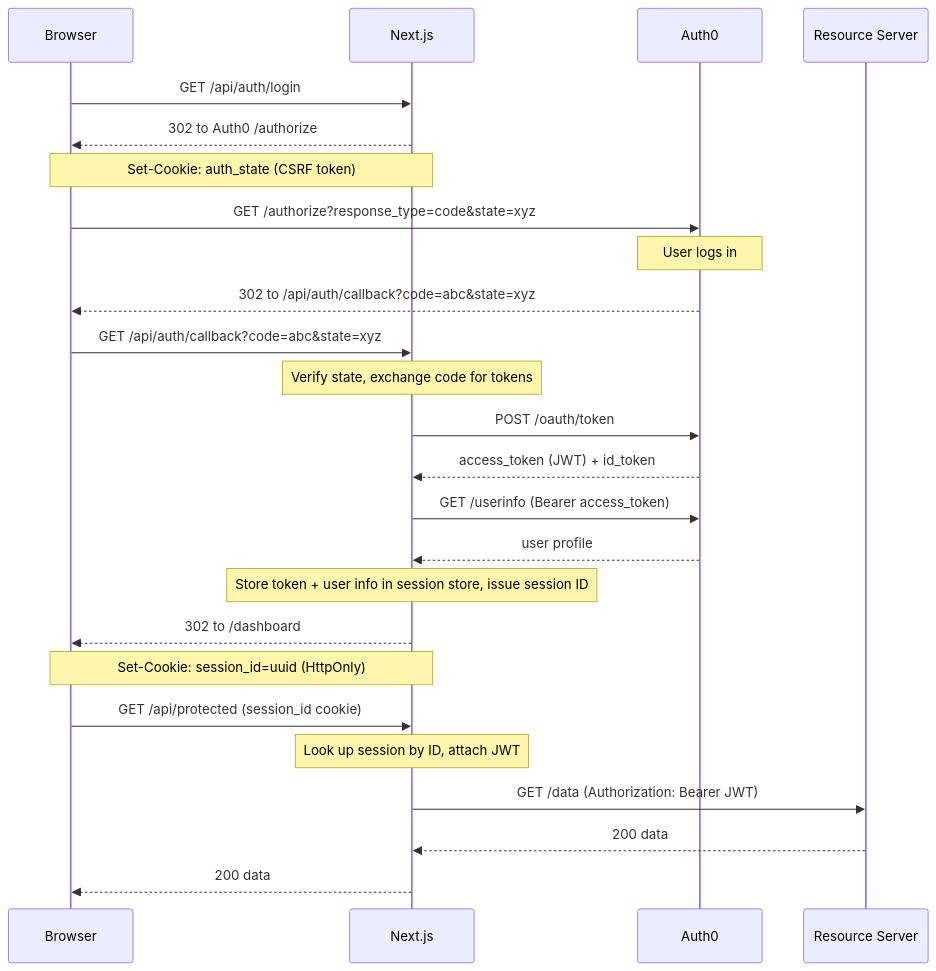
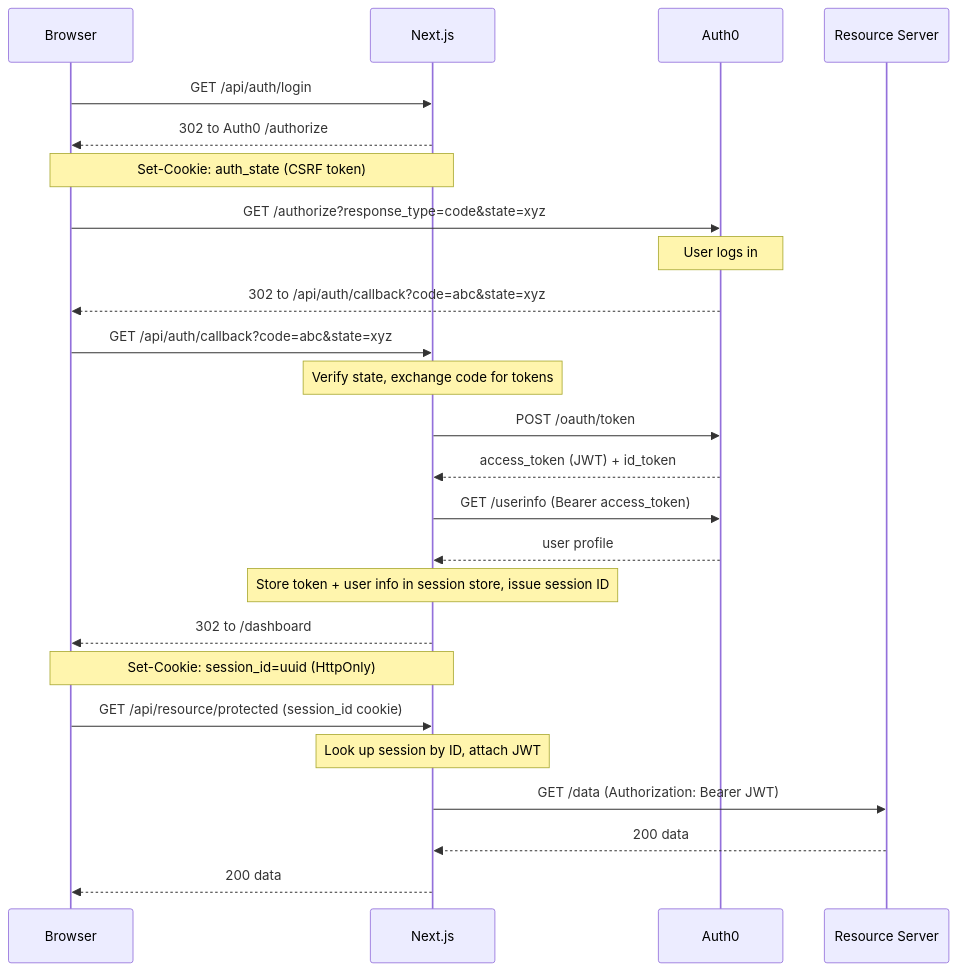
The diagram in README.md (taha2009/auth0-nextjs), drawn with Mermaid before and after one commit. The commit also changed other lines of this file and 3 other files, not shown here.

First line of the commit message:
Rename /api/protected to /api/resource/protected

````diff
--- a/README.md
+++ b/README.md
@@ -61,31 +61,31 @@
 ```mermaid
 sequenceDiagram
     participant Browser
     participant Next.js
     participant Auth0
     participant Resource Server
 
     Browser->>Next.js: GET /api/auth/login
     Next.js-->>Browser: 302 to Auth0 /authorize
     Note over Browser,Next.js: Set-Cookie: auth_state (CSRF token)
 
     Browser->>Auth0: GET /authorize?response_type=code&state=xyz
     Note over Auth0: User logs in
     Auth0-->>Browser: 302 to /api/auth/callback?code=abc&state=xyz
 
     Browser->>Next.js: GET /api/auth/callback?code=abc&state=xyz
     Note over Next.js: Verify state, exchange code for tokens
     Next.js->>Auth0: POST /oauth/token
     Auth0-->>Next.js: access_token (JWT) + id_token
     Next.js->>Auth0: GET /userinfo (Bearer access_token)
     Auth0-->>Next.js: user profile
     Note over Next.js: Store token + user info in session store, issue session ID
     Next.js-->>Browser: 302 to /dashboard
     Note over Browser,Next.js: Set-Cookie: session_id=uuid (HttpOnly)
 
-    Browser->>Next.js: GET /api/protected (session_id cookie)
+    Browser->>Next.js: GET /api/resource/protected (session_id cookie)
     Note over Next.js: Look up session by ID, attach JWT
     Next.js->>Resource Server: GET /data (Authorization: Bearer JWT)
     Resource Server-->>Next.js: 200 data
     Next.js-->>Browser: 200 data
 ```
````
